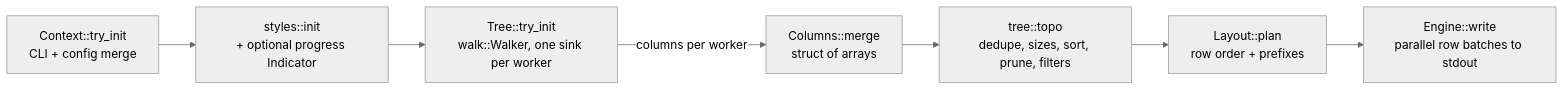
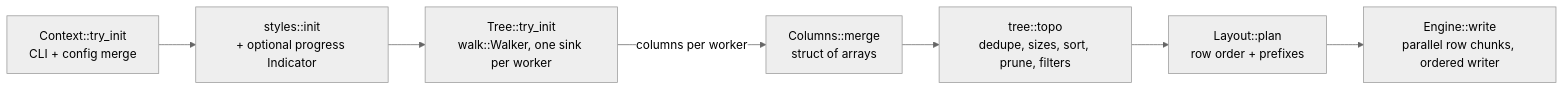
Before and after one commit to jeiang/erdtree: the diagram in AGENTS.md, drawn with Mermaid (neutral theme). The commit also changed other lines of this file and 54 other files, not shown here.

````diff
--- a/AGENTS.md
+++ b/AGENTS.md
@@ -11,9 +11,9 @@
 ```mermaid
 flowchart LR
   A[Context::try_init<br/>CLI + config merge] --> B[styles::init<br/>+ optional progress Indicator]
   B --> C[Tree::try_init<br/>walk::Walker, one sink per worker]
   C -->|columns per worker| D[Columns::merge<br/>struct of arrays]
   D --> E[tree::topo<br/>dedupe, sizes, sort, prune, filters]
   E --> F[Layout::plan<br/>row order + prefixes]
-  F --> G[Engine::write<br/>parallel row batches to stdout]
+  F --> G[Engine::write<br/>parallel row chunks, ordered writer]
 ```
````
